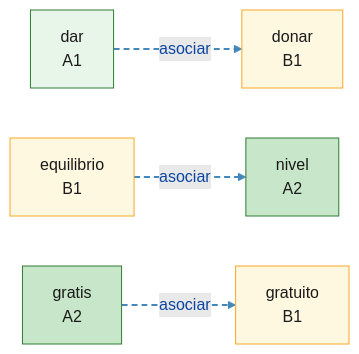
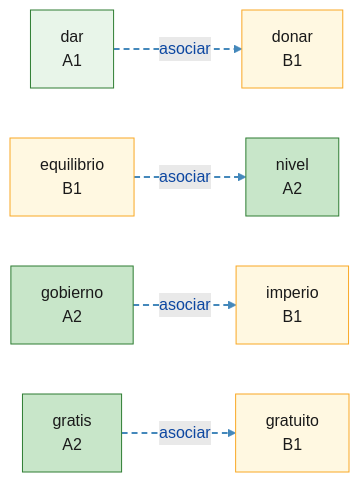
The diagram in mindmaps/asociar_a-l-4-4.md (auding1900/es-raiz-vocab), drawn with Mermaid before and after one commit. The commit also changed other lines of this file and 29 other files, not shown here.

First line of the commit message:
feat(data): 新增 C7 词根导图：ard,cal,ferv,torr,frig,alg,gel

````diff
--- a/mindmaps/asociar_a-l-4-4.md
+++ b/mindmaps/asociar_a-l-4-4.md
@@ -8,29 +8,35 @@
 ```mermaid
 graph LR
   W_dar["dar<br/>A1"]:::lvlA1
   W_donar["donar<br/>B1"]:::lvlB1
   W_equilibrio["equilibrio<br/>B1"]:::lvlB1
+  W_gobierno["gobierno<br/>A2"]:::lvlA2
   W_gratis["gratis<br/>A2"]:::lvlA2
   W_gratuito["gratuito<br/>B1"]:::lvlB1
+  W_imperio["imperio<br/>B1"]:::lvlB1
   W_nivel["nivel<br/>A2"]:::lvlA2
+  W_gobierno -.->|asociar| W_imperio
   W_equilibrio -.->|asociar| W_nivel
   W_dar -.->|asociar| W_donar
   W_gratis -.->|asociar| W_gratuito
   linkStyle 0 stroke:#4488bb,stroke-width:2px,stroke-dasharray:6 4
   linkStyle 1 stroke:#4488bb,stroke-width:2px,stroke-dasharray:6 4
   linkStyle 2 stroke:#4488bb,stroke-width:2px,stroke-dasharray:6 4
+  linkStyle 3 stroke:#4488bb,stroke-width:2px,stroke-dasharray:6 4
   classDef root fill:#bbdefb,stroke:#1565c0,stroke-width:2px,color:#0d47a1
   classDef lvlA1 fill:#e8f5e9,stroke:#2e7d32,color:#1a1a1a
   classDef lvlA2 fill:#c8e6c9,stroke:#2e7d32,color:#1a1a1a
   classDef lvlB1 fill:#fff8e1,stroke:#f9a825,color:#1a1a1a
   classDef lvlB2 fill:#ffe0b2,stroke:#ef6c00,color:#1a1a1a
   classDef lvlC1 fill:#ffccbc,stroke:#d84315,color:#1a1a1a
   classDef lvlC2 fill:#ffcdd2,stroke:#b71c1c,color:#1a1a1a
   classDef lvlNA fill:#f5f5f5,stroke:#9e9e9e,color:#424242
   click W_dar "https://www.doubao.com/chat?q=%E8%A5%BF%E7%8F%AD%E7%89%99%E8%AF%ADdar%EF%BC%8C%E8%AF%8D%E6%A0%B9dare%EF%BC%8C%E8%A7%A3%E9%87%8A%E8%AF%8D%E4%B9%89%E3%80%81DELE%E7%AD%89%E7%BA%A7%E3%80%81%E8%AF%AD%E4%BD%93%E3%80%81%E5%B8%B8%E7%94%A8%E6%90%AD%E9%85%8D%E3%80%81%E8%BF%91%E4%B9%89%E8%AF%8D%E8%BE%A8%E6%9E%90%EF%BC%8C%E5%B9%B6%E4%B8%94%E7%BB%992%E6%9D%A1%E6%9D%A5%E8%87%AA%E5%85%AC%E7%89%88%E8%A5%BF%E8%AF%AD%E6%96%87%E6%9C%AC%EF%BC%88Wikisource%2F%E5%8F%A4%E7%99%BB%E5%A0%A1%EF%BC%89%E7%9A%84%E8%87%AA%E7%84%B6%E4%BE%8B%E5%8F%A5%EF%BC%8C%E4%BE%8B%E5%8F%A5%E4%BC%98%E5%85%88%E9%80%89%E7%94%A8%E7%8E%B0%E4%BB%A3%E6%A0%87%E5%87%86%E8%A5%BF%E7%8F%AD%E7%89%99%E8%AF%AD%EF%BC%8C%E5%8F%A4%E4%BD%93%E4%BE%8B%E5%8F%A5%E6%A0%87%E6%B3%A8%E3%80%90arca%C3%ADsmo%E3%80%91" "豆包查询：dar" _blank
   click W_donar "https://www.doubao.com/chat?q=%E8%A5%BF%E7%8F%AD%E7%89%99%E8%AF%ADdonar%EF%BC%8C%E8%AF%8D%E6%A0%B9don%EF%BC%8C%E8%A7%A3%E9%87%8A%E8%AF%8D%E4%B9%89%E3%80%81DELE%E7%AD%89%E7%BA%A7%E3%80%81%E8%AF%AD%E4%BD%93%E3%80%81%E5%B8%B8%E7%94%A8%E6%90%AD%E9%85%8D%E3%80%81%E8%BF%91%E4%B9%89%E8%AF%8D%E8%BE%A8%E6%9E%90%EF%BC%8C%E5%B9%B6%E4%B8%94%E7%BB%992%E6%9D%A1%E6%9D%A5%E8%87%AA%E5%85%AC%E7%89%88%E8%A5%BF%E8%AF%AD%E6%96%87%E6%9C%AC%EF%BC%88Wikisource%2F%E5%8F%A4%E7%99%BB%E5%A0%A1%EF%BC%89%E7%9A%84%E8%87%AA%E7%84%B6%E4%BE%8B%E5%8F%A5%EF%BC%8C%E4%BE%8B%E5%8F%A5%E4%BC%98%E5%85%88%E9%80%89%E7%94%A8%E7%8E%B0%E4%BB%A3%E6%A0%87%E5%87%86%E8%A5%BF%E7%8F%AD%E7%89%99%E8%AF%AD%EF%BC%8C%E5%8F%A4%E4%BD%93%E4%BE%8B%E5%8F%A5%E6%A0%87%E6%B3%A8%E3%80%90arca%C3%ADsmo%E3%80%91" "豆包查询：donar" _blank
   click W_equilibrio "https://www.doubao.com/chat?q=%E8%A5%BF%E7%8F%AD%E7%89%99%E8%AF%ADequilibrio%EF%BC%8C%E8%AF%8D%E6%A0%B9lib%EF%BC%8C%E8%A7%A3%E9%87%8A%E8%AF%8D%E4%B9%89%E3%80%81DELE%E7%AD%89%E7%BA%A7%E3%80%81%E8%AF%AD%E4%BD%93%E3%80%81%E5%B8%B8%E7%94%A8%E6%90%AD%E9%85%8D%E3%80%81%E8%BF%91%E4%B9%89%E8%AF%8D%E8%BE%A8%E6%9E%90%EF%BC%8C%E5%B9%B6%E4%B8%94%E7%BB%992%E6%9D%A1%E6%9D%A5%E8%87%AA%E5%85%AC%E7%89%88%E8%A5%BF%E8%AF%AD%E6%96%87%E6%9C%AC%EF%BC%88Wikisource%2F%E5%8F%A4%E7%99%BB%E5%A0%A1%EF%BC%89%E7%9A%84%E8%87%AA%E7%84%B6%E4%BE%8B%E5%8F%A5%EF%BC%8C%E4%BE%8B%E5%8F%A5%E4%BC%98%E5%85%88%E9%80%89%E7%94%A8%E7%8E%B0%E4%BB%A3%E6%A0%87%E5%87%86%E8%A5%BF%E7%8F%AD%E7%89%99%E8%AF%AD%EF%BC%8C%E5%8F%A4%E4%BD%93%E4%BE%8B%E5%8F%A5%E6%A0%87%E6%B3%A8%E3%80%90arca%C3%ADsmo%E3%80%91" "豆包查询：equilibrio" _blank
+  click W_gobierno "https://www.doubao.com/chat?q=%E8%A5%BF%E7%8F%AD%E7%89%99%E8%AF%ADgobierno%EF%BC%8C%E8%AF%8D%E6%A0%B9gubern%EF%BC%8C%E8%A7%A3%E9%87%8A%E8%AF%8D%E4%B9%89%E3%80%81DELE%E7%AD%89%E7%BA%A7%E3%80%81%E8%AF%AD%E4%BD%93%E3%80%81%E5%B8%B8%E7%94%A8%E6%90%AD%E9%85%8D%E3%80%81%E8%BF%91%E4%B9%89%E8%AF%8D%E8%BE%A8%E6%9E%90%EF%BC%8C%E5%B9%B6%E4%B8%94%E7%BB%992%E6%9D%A1%E6%9D%A5%E8%87%AA%E5%85%AC%E7%89%88%E8%A5%BF%E8%AF%AD%E6%96%87%E6%9C%AC%EF%BC%88Wikisource%2F%E5%8F%A4%E7%99%BB%E5%A0%A1%EF%BC%89%E7%9A%84%E8%87%AA%E7%84%B6%E4%BE%8B%E5%8F%A5%EF%BC%8C%E4%BE%8B%E5%8F%A5%E4%BC%98%E5%85%88%E9%80%89%E7%94%A8%E7%8E%B0%E4%BB%A3%E6%A0%87%E5%87%86%E8%A5%BF%E7%8F%AD%E7%89%99%E8%AF%AD%EF%BC%8C%E5%8F%A4%E4%BD%93%E4%BE%8B%E5%8F%A5%E6%A0%87%E6%B3%A8%E3%80%90arca%C3%ADsmo%E3%80%91" "豆包查询：gobierno" _blank
   click W_gratis "https://www.doubao.com/chat?q=%E8%A5%BF%E7%8F%AD%E7%89%99%E8%AF%ADgratis%EF%BC%8C%E8%AF%8D%E6%A0%B9grat%EF%BC%8C%E8%A7%A3%E9%87%8A%E8%AF%8D%E4%B9%89%E3%80%81DELE%E7%AD%89%E7%BA%A7%E3%80%81%E8%AF%AD%E4%BD%93%E3%80%81%E5%B8%B8%E7%94%A8%E6%90%AD%E9%85%8D%E3%80%81%E8%BF%91%E4%B9%89%E8%AF%8D%E8%BE%A8%E6%9E%90%EF%BC%8C%E5%B9%B6%E4%B8%94%E7%BB%992%E6%9D%A1%E6%9D%A5%E8%87%AA%E5%85%AC%E7%89%88%E8%A5%BF%E8%AF%AD%E6%96%87%E6%9C%AC%EF%BC%88Wikisource%2F%E5%8F%A4%E7%99%BB%E5%A0%A1%EF%BC%89%E7%9A%84%E8%87%AA%E7%84%B6%E4%BE%8B%E5%8F%A5%EF%BC%8C%E4%BE%8B%E5%8F%A5%E4%BC%98%E5%85%88%E9%80%89%E7%94%A8%E7%8E%B0%E4%BB%A3%E6%A0%87%E5%87%86%E8%A5%BF%E7%8F%AD%E7%89%99%E8%AF%AD%EF%BC%8C%E5%8F%A4%E4%BD%93%E4%BE%8B%E5%8F%A5%E6%A0%87%E6%B3%A8%E3%80%90arca%C3%ADsmo%E3%80%91" "豆包查询：gratis" _blank
   click W_gratuito "https://www.doubao.com/chat?q=%E8%A5%BF%E7%8F%AD%E7%89%99%E8%AF%ADgratuito%EF%BC%8C%E8%AF%8D%E6%A0%B9grat%EF%BC%8C%E8%A7%A3%E9%87%8A%E8%AF%8D%E4%B9%89%E3%80%81DELE%E7%AD%89%E7%BA%A7%E3%80%81%E8%AF%AD%E4%BD%93%E3%80%81%E5%B8%B8%E7%94%A8%E6%90%AD%E9%85%8D%E3%80%81%E8%BF%91%E4%B9%89%E8%AF%8D%E8%BE%A8%E6%9E%90%EF%BC%8C%E5%B9%B6%E4%B8%94%E7%BB%992%E6%9D%A1%E6%9D%A5%E8%87%AA%E5%85%AC%E7%89%88%E8%A5%BF%E8%AF%AD%E6%96%87%E6%9C%AC%EF%BC%88Wikisource%2F%E5%8F%A4%E7%99%BB%E5%A0%A1%EF%BC%89%E7%9A%84%E8%87%AA%E7%84%B6%E4%BE%8B%E5%8F%A5%EF%BC%8C%E4%BE%8B%E5%8F%A5%E4%BC%98%E5%85%88%E9%80%89%E7%94%A8%E7%8E%B0%E4%BB%A3%E6%A0%87%E5%87%86%E8%A5%BF%E7%8F%AD%E7%89%99%E8%AF%AD%EF%BC%8C%E5%8F%A4%E4%BD%93%E4%BE%8B%E5%8F%A5%E6%A0%87%E6%B3%A8%E3%80%90arca%C3%ADsmo%E3%80%91" "豆包查询：gratuito" _blank
+  click W_imperio "https://www.doubao.com/chat?q=%E8%A5%BF%E7%8F%AD%E7%89%99%E8%AF%ADimperio%EF%BC%8C%E8%AF%8D%E6%A0%B9imper%EF%BC%8C%E8%A7%A3%E9%87%8A%E8%AF%8D%E4%B9%89%E3%80%81DELE%E7%AD%89%E7%BA%A7%E3%80%81%E8%AF%AD%E4%BD%93%E3%80%81%E5%B8%B8%E7%94%A8%E6%90%AD%E9%85%8D%E3%80%81%E8%BF%91%E4%B9%89%E8%AF%8D%E8%BE%A8%E6%9E%90%EF%BC%8C%E5%B9%B6%E4%B8%94%E7%BB%992%E6%9D%A1%E6%9D%A5%E8%87%AA%E5%85%AC%E7%89%88%E8%A5%BF%E8%AF%AD%E6%96%87%E6%9C%AC%EF%BC%88Wikisource%2F%E5%8F%A4%E7%99%BB%E5%A0%A1%EF%BC%89%E7%9A%84%E8%87%AA%E7%84%B6%E4%BE%8B%E5%8F%A5%EF%BC%8C%E4%BE%8B%E5%8F%A5%E4%BC%98%E5%85%88%E9%80%89%E7%94%A8%E7%8E%B0%E4%BB%A3%E6%A0%87%E5%87%86%E8%A5%BF%E7%8F%AD%E7%89%99%E8%AF%AD%EF%BC%8C%E5%8F%A4%E4%BD%93%E4%BE%8B%E5%8F%A5%E6%A0%87%E6%B3%A8%E3%80%90arca%C3%ADsmo%E3%80%91" "豆包查询：imperio" _blank
   click W_nivel "https://www.doubao.com/chat?q=%E8%A5%BF%E7%8F%AD%E7%89%99%E8%AF%ADnivel%EF%BC%8C%E8%AF%8D%E6%A0%B9lib%EF%BC%8C%E8%A7%A3%E9%87%8A%E8%AF%8D%E4%B9%89%E3%80%81DELE%E7%AD%89%E7%BA%A7%E3%80%81%E8%AF%AD%E4%BD%93%E3%80%81%E5%B8%B8%E7%94%A8%E6%90%AD%E9%85%8D%E3%80%81%E8%BF%91%E4%B9%89%E8%AF%8D%E8%BE%A8%E6%9E%90%EF%BC%8C%E5%B9%B6%E4%B8%94%E7%BB%992%E6%9D%A1%E6%9D%A5%E8%87%AA%E5%85%AC%E7%89%88%E8%A5%BF%E8%AF%AD%E6%96%87%E6%9C%AC%EF%BC%88Wikisource%2F%E5%8F%A4%E7%99%BB%E5%A0%A1%EF%BC%89%E7%9A%84%E8%87%AA%E7%84%B6%E4%BE%8B%E5%8F%A5%EF%BC%8C%E4%BE%8B%E5%8F%A5%E4%BC%98%E5%85%88%E9%80%89%E7%94%A8%E7%8E%B0%E4%BB%A3%E6%A0%87%E5%87%86%E8%A5%BF%E7%8F%AD%E7%89%99%E8%AF%AD%EF%BC%8C%E5%8F%A4%E4%BD%93%E4%BE%8B%E5%8F%A5%E6%A0%87%E6%B3%A8%E3%80%90arca%C3%ADsmo%E3%80%91" "豆包查询：nivel" _blank
 ```
````
